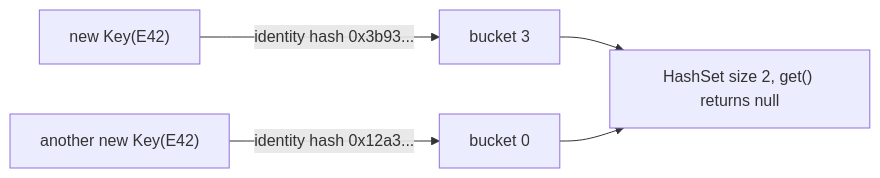
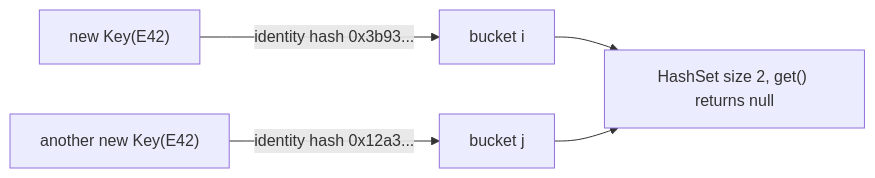
The third of 3 diagrams in java-ace/content/b01-fundamentals/06-object-class-equals-hashcode.md (maheshsreerama/personal-apps), drawn with Mermaid before and after one commit. The commit also changed other lines of this file and 1 other file, not shown here.

````diff
--- a/java-ace/content/b01-fundamentals/06-object-class-equals-hashcode.md
+++ b/java-ace/content/b01-fundamentals/06-object-class-equals-hashcode.md
@@ -225,7 +225,7 @@
 ```mermaid
 flowchart LR
-    K1["new Key(E42)"] -->|"identity hash 0x3b93..."| B1["bucket 3"]
-    K2["another new Key(E42)"] -->|"identity hash 0x12a3..."| B2["bucket 0"]
+    K1["new Key(E42)"] -->|"identity hash 0x3b93..."| B1["bucket i"]
+    K2["another new Key(E42)"] -->|"identity hash 0x12a3..."| B2["bucket j"]
     B1 --> R["HashSet size 2, get() returns null"]
     B2 --> R
 ```
````
